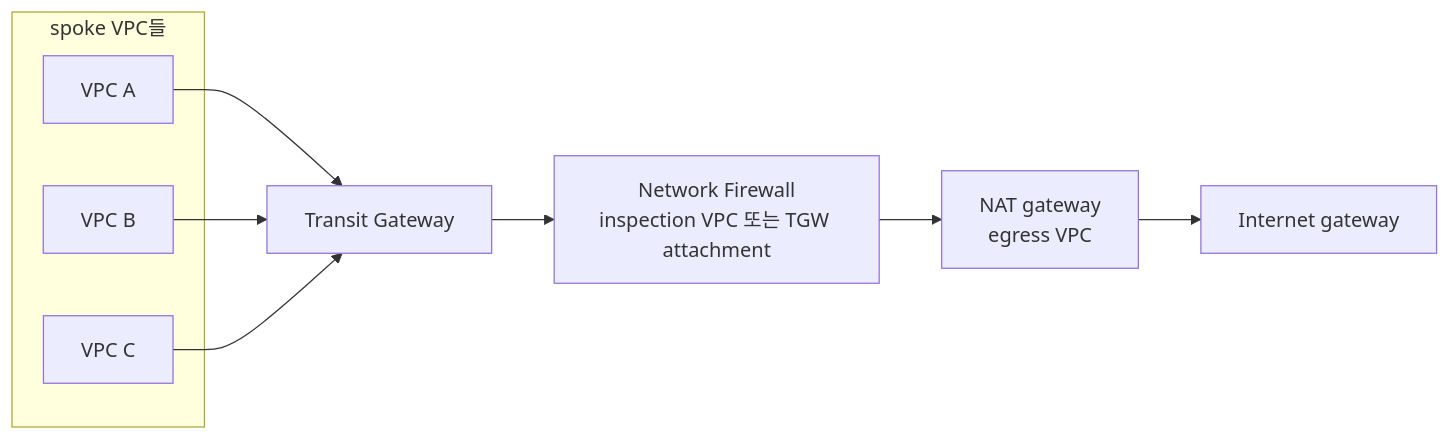
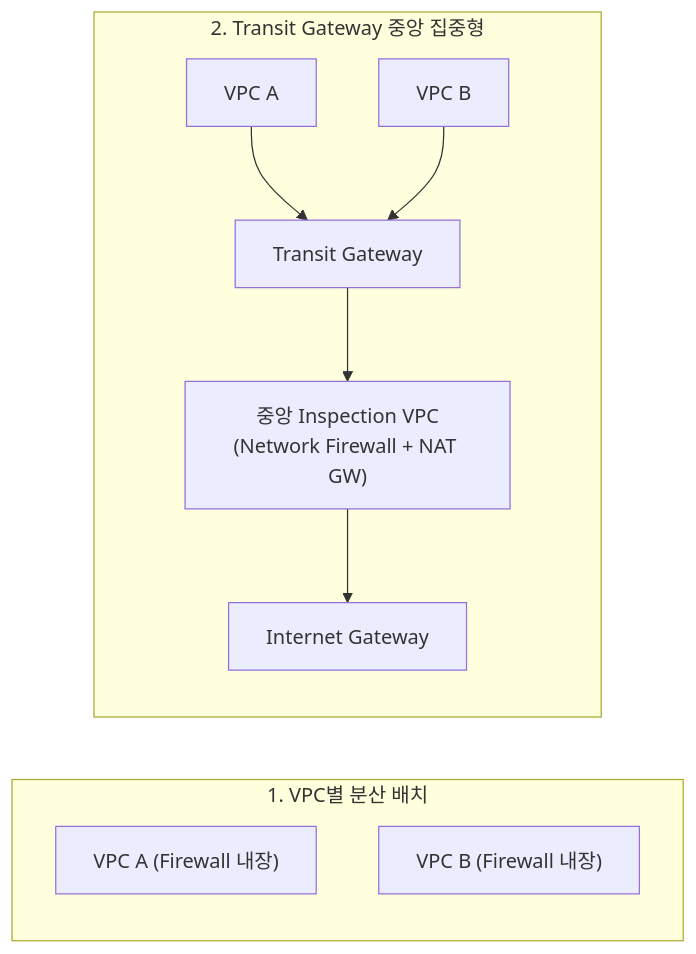
The second of 2 diagrams in aws/network-firewall/egress-filtering/docs/architecture-decision.md (choisungwook/portfolio), drawn with Mermaid before and after one commit. The commit also changed other lines of this file and 9 other files, not shown here.

Commit message:
docs: AWS Network Firewall 핸즈온 문서 글 교정 및 시나리오 목표 중심 개편 (#1369)

````diff
--- a/aws/network-firewall/egress-filtering/docs/architecture-decision.md
+++ b/aws/network-firewall/egress-filtering/docs/architecture-decision.md
@@ -27,14 +49,14 @@
 ```mermaid
 flowchart LR
-  subgraph Spokes["spoke VPC들"]
-    A["VPC A"]
-    B["VPC B"]
-    C["VPC C"]
+  subgraph Distributed["1. VPC별 분산 배치"]
+    VPC1["VPC A (Firewall 내장)"]
+    VPC2["VPC B (Firewall 내장)"]
   end
-  A --> TGW["Transit Gateway"]
-  B --> TGW
-  C --> TGW
-  TGW --> FW["Network Firewall<br/>inspection VPC 또는 TGW attachment"]
-  FW --> NAT["NAT gateway<br/>egress VPC"]
-  NAT --> IGW["Internet gateway"]
+
+  subgraph Centralized["2. Transit Gateway 중앙 집중형"]
+    Spoke1["VPC A"] --> TGW["Transit Gateway"]
+    Spoke2["VPC B"] --> TGW
+    TGW --> InspVPC["중앙 Inspection VPC<br/>(Network Firewall + NAT GW)"]
+    InspVPC --> IGW["Internet Gateway"]
+  end
 ```
````
